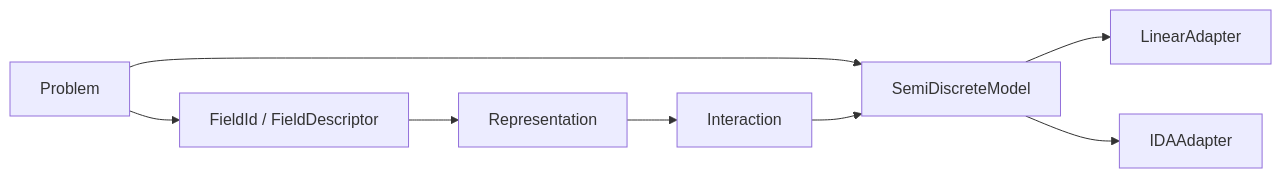
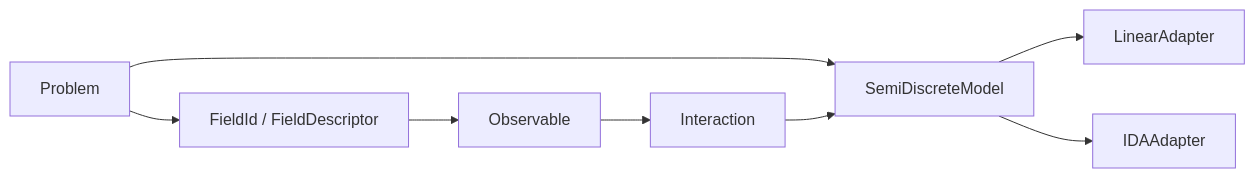
The first of 2 diagrams in doc/developer/design/current-implementation.md (luca-heltai/immersx), drawn with Mermaid before and after one commit. The commit also changed other lines of this file and 5 other files, not shown here.

````diff
--- a/doc/developer/design/current-implementation.md
+++ b/doc/developer/design/current-implementation.md
@@ -45,10 +51,10 @@
 ```{mermaid}
 flowchart LR
   P["Problem"] --> F["FieldId / FieldDescriptor"]
-  F --> R["Representation"]
+  F --> R["Observable<T>"]
   R --> I["Interaction"]
   P --> M["SemiDiscreteModel"]
   I --> M
   M --> LA["LinearAdapter"]
   M --> IDA["IDAAdapter"]
 ```
````
